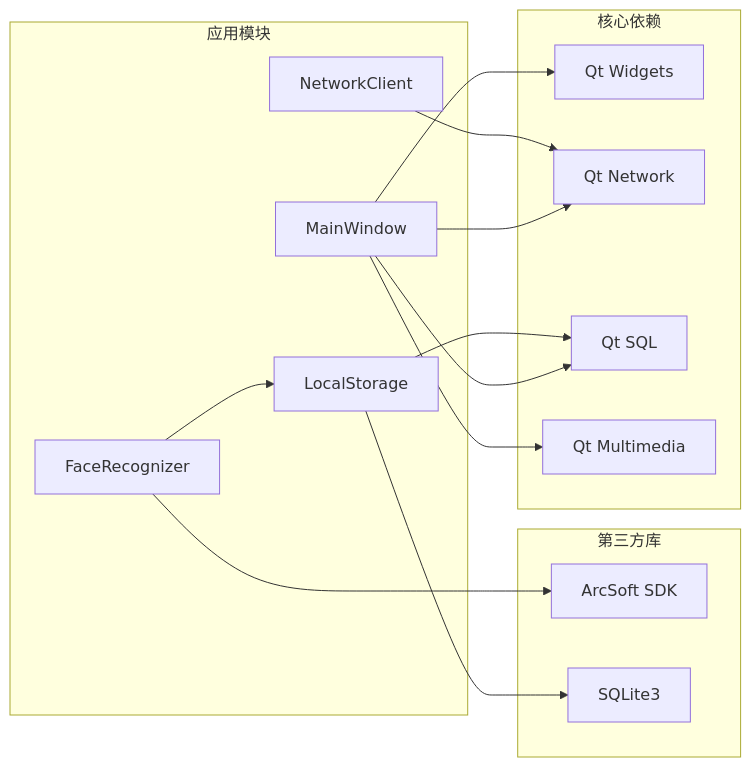
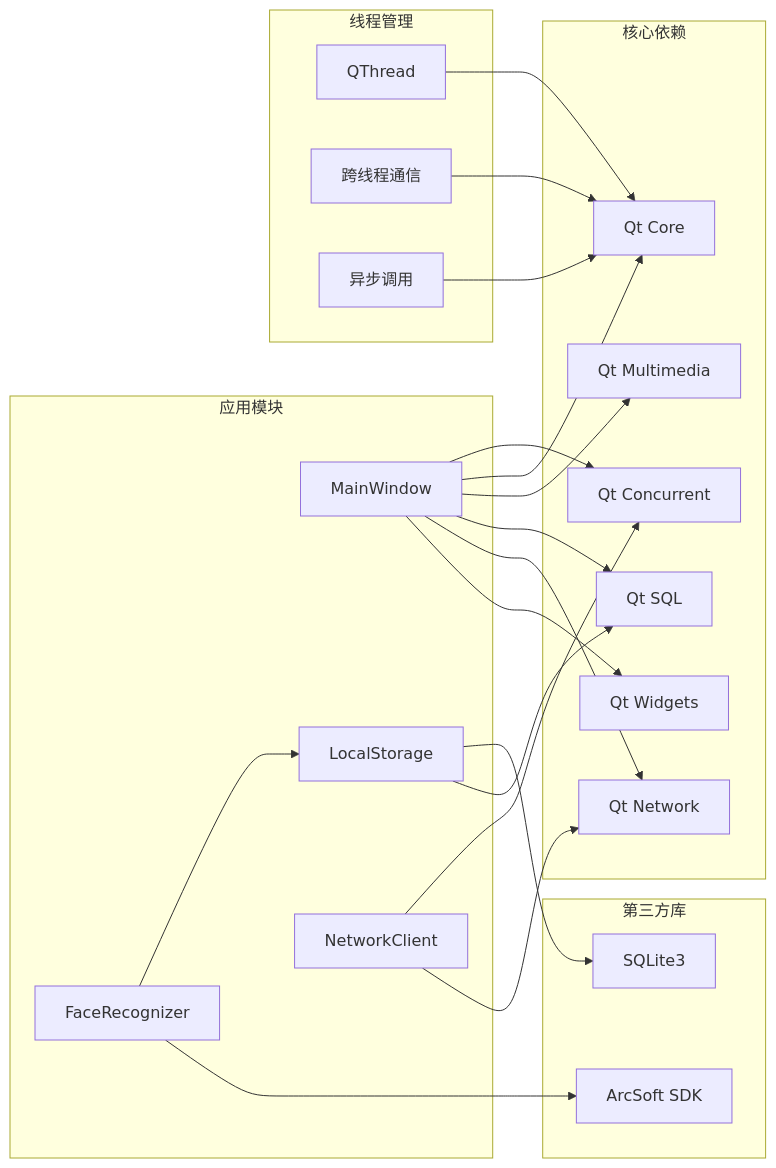
Diagram 13 of 13 in .qoder/repowiki/zh/content/Main Application Integration.md (HeQiTZD/Triple-terminal-Attendance-Punching-System), drawn with Mermaid before and after one commit. The commit also changed other lines of this file and 47 other files, not shown here.

````diff
--- a/.qoder/repowiki/zh/content/Main Application Integration.md
+++ b/.qoder/repowiki/zh/content/Main Application Integration.md
@@ -460,28 +563,41 @@
 ```mermaid
 graph LR
 subgraph "核心依赖"
 QtWidgets[Qt Widgets]
 QtNetwork[Qt Network]
 QtSql[Qt SQL]
 QtMultimedia[Qt Multimedia]
+QtCore[Qt Core]
+QtConcurrent[Qt Concurrent]
 end
 subgraph "第三方库"
 ArcSoft[ArcSoft SDK]
 SQLite[SQLite3]
 end
 subgraph "应用模块"
 MainWindow[MainWindow]
 FaceRecognizer[FaceRecognizer]
 LocalStorage[LocalStorage]
 NetworkClient[NetworkClient]
 end
+subgraph "线程管理"
+QThread[QThread]
+Qt::QueuedConnection[跨线程通信]
+QMetaObject::invokeMethod[异步调用]
+end
 MainWindow --> QtWidgets
 MainWindow --> QtNetwork
 MainWindow --> QtSql
 MainWindow --> QtMultimedia
+MainWindow --> QtCore
+MainWindow --> QtConcurrent
 FaceRecognizer --> ArcSoft
 FaceRecognizer --> LocalStorage
 LocalStorage --> QtSql
 LocalStorage --> SQLite
 NetworkClient --> QtNetwork
+NetworkClient --> QtConcurrent
+QThread --> QtCore
+Qt::QueuedConnection --> QtCore
+QMetaObject::invokeMethod --> QtCore
 ```
````
